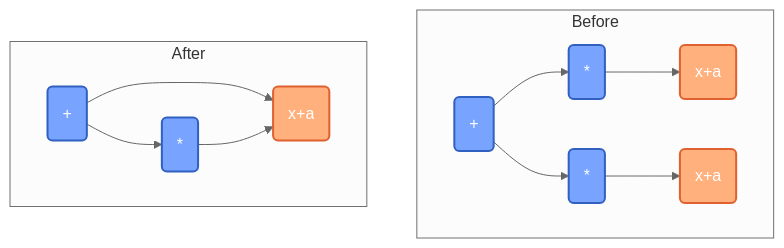
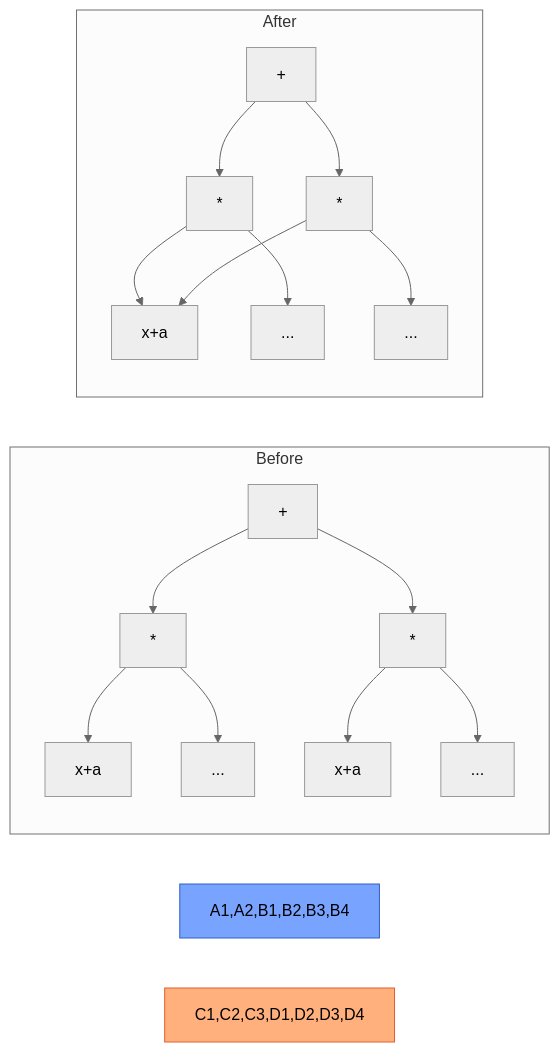
The fourth of 5 diagrams in README.md (rdguerrerom/AutoDiff), drawn with Mermaid (neutral theme) before and after one commit. The commit also changed other lines of this file, not shown here.

````diff
--- a/README.md
+++ b/README.md
@@ -176,21 +164,23 @@
 ```mermaid
-flowchart TD
+flowchart LR
     subgraph "Before"
-        A1("+") --> B1("*")
-        A1 --> B2("*")
-        B1 --> C1("x+a")
-        B2 --> C2("x+a")
+        A1["+"] --> B1["*"]
+        A1 --> B2["*"]
+        B1 --> C1["x+a"]
+        B1 --> D1["..."]
+        B2 --> C2["x+a"]
+        B2 --> D2["..."]
     end
     
     subgraph "After"
-        A2("+") --> B3("*")
-        A2 --> C3("x+a")
-        B3 --> C3
+        A2["+"] --> B3["*"]
+        A2 --> B4["*"]
+        B3 --> C3["x+a"]
+        B3 --> D3["..."]
+        B4 --> C3
+        B4 --> D4["..."]
     end
     
-    classDef operation fill:#78a3ff,stroke:#3060c0,stroke-width:2px,color:#fff
-    classDef expression fill:#ffb07c,stroke:#e06030,stroke-width:2px,color:#fff
-    
-    class A1,A2,B1,B2,B3 operation
-    class C1,C2,C3 expression
+    style A1,A2,B1,B2,B3,B4 fill:#78a3ff,stroke:#3060c0
+    style C1,C2,C3,D1,D2,D3,D4 fill:#ffb07c,stroke:#e06030
 ```
````
